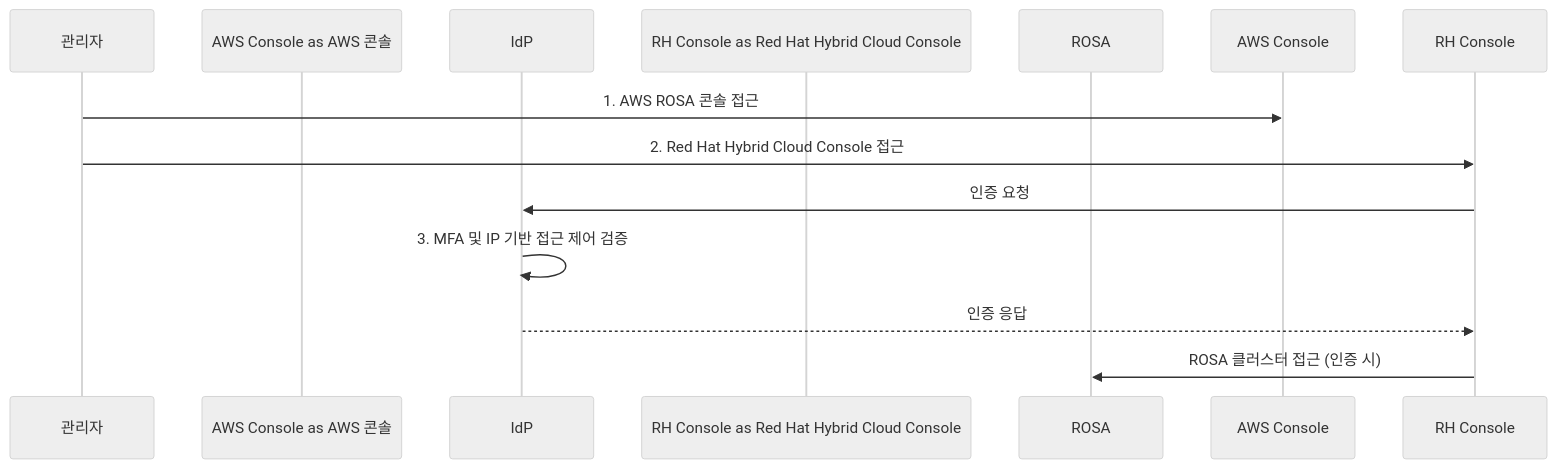
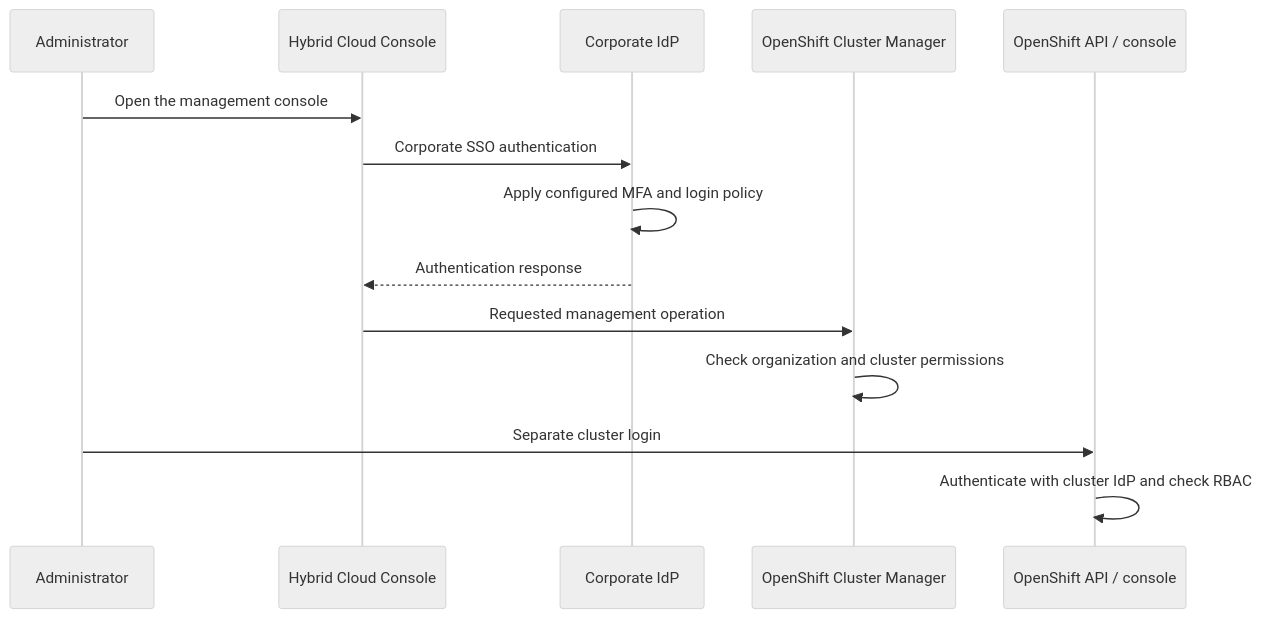
Before and after one commit to devfloor9/engineering-playbook: the first of 2 diagrams in docs/rosa/rosa-security-compliance.md, drawn with Mermaid (neutral theme). The commit also changed other lines of this file and 5 other files, not shown here.

````diff
--- a/docs/rosa/rosa-security-compliance.md
+++ b/docs/rosa/rosa-security-compliance.md
@@ -74,15 +68,16 @@
 ```mermaid
 sequenceDiagram
-    participant Admin as 관리자
-    participant AWS Console as AWS 콘솔
-    participant IdP as IdP
-    participant RH Console as Red Hat Hybrid Cloud Console
-    participant ROSA
-
-    Admin->>AWS Console: 1. AWS ROSA 콘솔 접근
-    Admin->>RH Console: 2. Red Hat Hybrid Cloud Console 접근
-    RH Console->>IdP: 인증 요청
-    IdP->>IdP: 3. MFA 및 IP 기반 접근 제어 검증
-    IdP-->>RH Console: 인증 응답
-    RH Console->>ROSA: ROSA 클러스터 접근 (인증 시)
+    participant A as Administrator
+    participant H as Hybrid Cloud Console
+    participant I as Corporate IdP
+    participant O as OpenShift Cluster Manager
+    participant C as OpenShift API / console
+    A->>H: Open the management console
+    H->>I: Corporate SSO authentication
+    I->>I: Apply configured MFA and login policy
+    I-->>H: Authentication response
+    H->>O: Requested management operation
+    O->>O: Check organization and cluster permissions
+    A->>C: Separate cluster login
+    C->>C: Authenticate with cluster IdP and check RBAC
 ```
````
